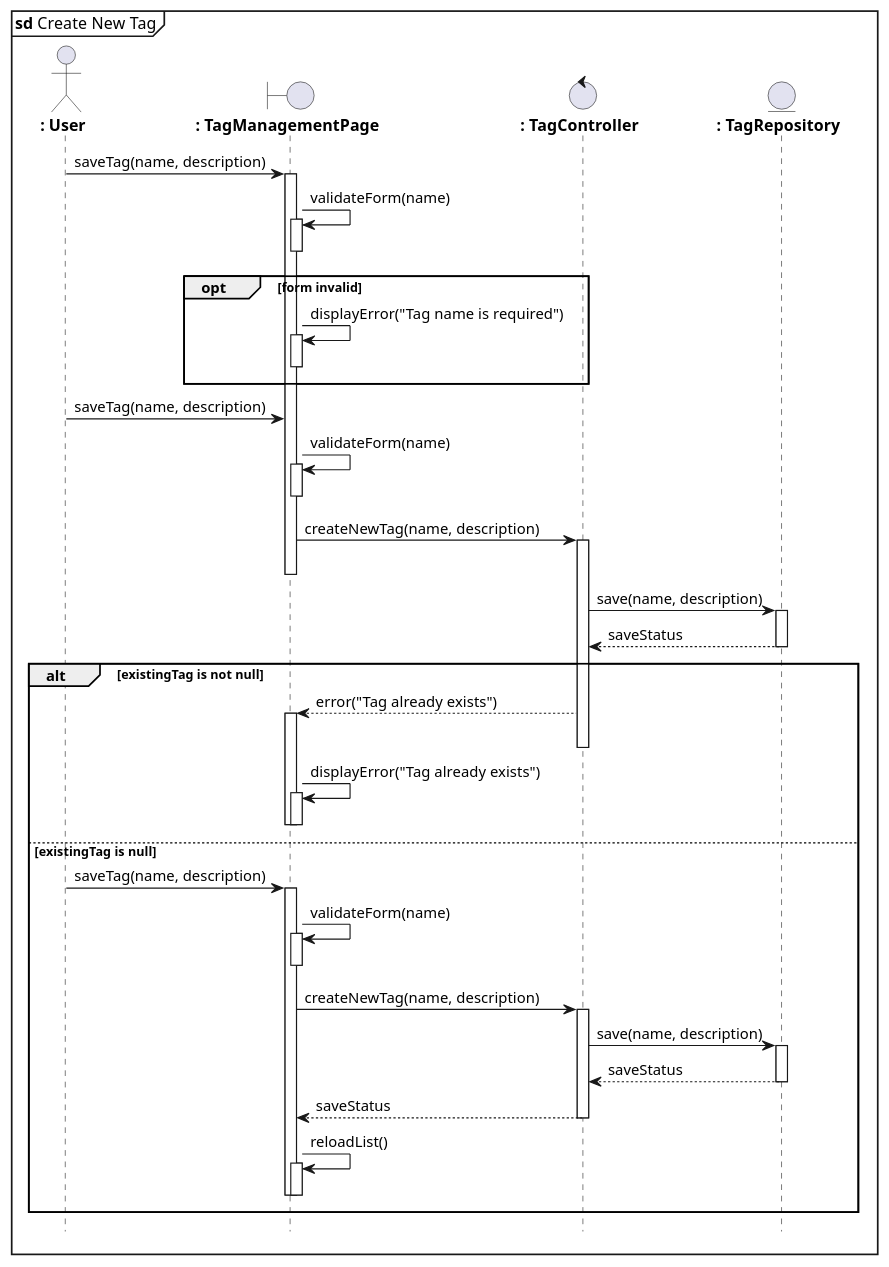
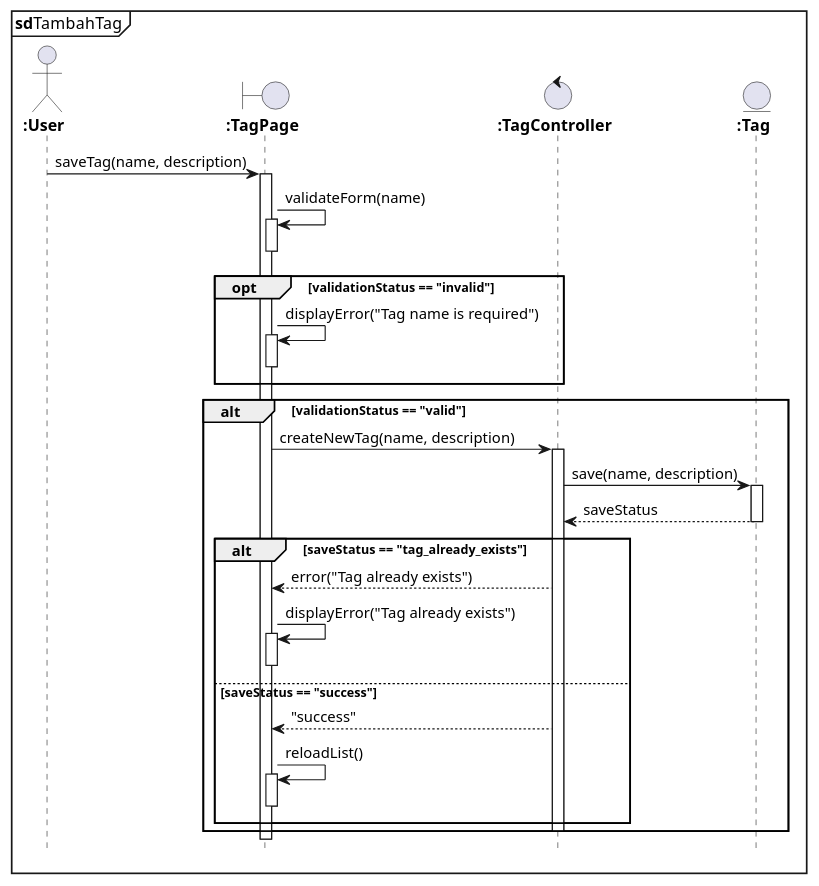
The diagram in tambah_tag.puml (azrappp/learning_uml2.0_pmul), drawn with PlantUML before and after one commit. The commit also changed 24 other files, not shown here.

```diff
--- a/tambah_tag.puml
+++ b/tambah_tag.puml
@@ -1,66 +1,51 @@
 @startuml
-mainframe **sd** Create New Tag
+mainframe **sd**TambahTag
 hide footbox
 
-actor "**: User**" as User
-boundary "**: TagManagementPage**" as TagPage
-control "**: TagController**" as TagController
-entity "**: TagRepository**" as TagRepository
+actor "**:User**" as User
+boundary "**:TagPage**" as TagPage
+control "**:TagController**" as TagController
+entity "**:Tag**" as TagRepository
 
 User -> TagPage : saveTag(name, description)
 activate TagPage
 
+' Pesan divalidasi dan mengembalikan status'
 TagPage -> TagPage : validateForm(name)
 activate TagPage
 deactivate TagPage
-
-opt form invalid
+' Guard [opt] sekarang menggunakan nilai balasan secara eksplisit'
+opt validationStatus == "invalid"
     TagPage -> TagPage : displayError("Tag name is required")
     activate TagPage
     deactivate TagPage
 end
-    User -> TagPage : saveTag(name, description)
-    TagPage -> TagPage : validateForm(name)
-    activate TagPage
-    deactivate TagPage
+
+' Guard [alt] sekarang menggunakan nilai balasan secara eksplisit'
+alt validationStatus == "valid"
     TagPage -> TagController : createNewTag(name, description)
     activate TagController
-    deactivate TagPage
 
         TagController -> TagRepository : save(name, description)
         activate TagRepository
-        TagRepository --> TagController : saveStatus
-        deactivate TagRepository
-    alt existingTag is not null
-        TagController --> TagPage : error("Tag already exists")
-        activate TagPage
-        deactivate TagController
-        
-        TagPage -> TagPage : displayError("Tag already exists")
-        activate TagPage
-
-    else existingTag is null
-        deactivate TagPage
-        deactivate TagPage
-        User -> TagPage : saveTag(name, description)
-        activate TagPage
-        TagPage -> TagPage : validateForm(name)
-        activate TagPage
-        deactivate TagPage
-        TagPage -> TagController : createNewTag(name, description)
-        activate TagController
-        TagController -> TagRepository : save(name, description)
-        activate TagRepository
+        ' Pesan balasan harus berupa nilai yang dapat dievaluasi'
         TagRepository --> TagController : saveStatus
         deactivate TagRepository
 
-        TagController --> TagPage : saveStatus
-        deactivate TagController
+        alt saveStatus == "tag_already_exists"
+            TagController --> TagPage : error("Tag already exists")
+            TagPage -> TagPage : displayError("Tag already exists")
+            activate TagPage
+            deactivate TagPage
+        else saveStatus == "success"
+            TagController --> TagPage : "success"
+            TagPage -> TagPage : reloadList()
+            activate TagPage
+            deactivate TagPage
+        end
 
-        TagPage -> TagPage : reloadList()
-        activate TagPage
-        deactivate TagPage
-        
-        deactivate TagPage
-    end
+    deactivate TagController
+end
+
+deactivate TagPage
 @enduml
```
